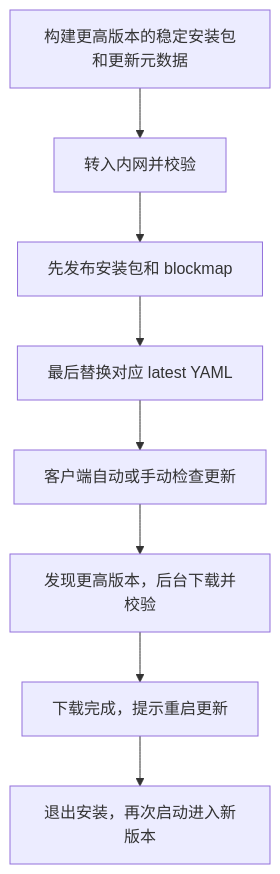
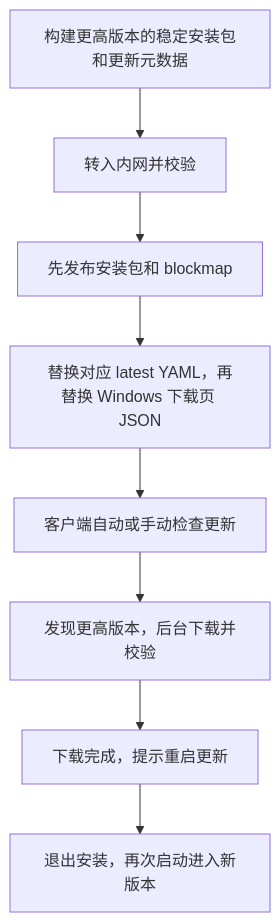
Before and after one commit to yangshangwei/multica-0.4.37: the diagram in docs/desktop-intranet-update-runbook.zh-CN.md, drawn with Mermaid. The commit also changed other lines of this file and 12 other files, not shown here.

````diff
--- a/docs/desktop-intranet-update-runbook.zh-CN.md
+++ b/docs/desktop-intranet-update-runbook.zh-CN.md
@@ -370,10 +442,10 @@
 ```mermaid
 flowchart TD
     A[构建更高版本的稳定安装包和更新元数据] --> B[转入内网并校验]
     B --> C[先发布安装包和 blockmap]
-    C --> D[最后替换对应 latest YAML]
+    C --> D[替换对应 latest YAML，再替换 Windows 下载页 JSON]
     D --> E[客户端自动或手动检查更新]
     E --> F[发现更高版本，后台下载并校验]
     F --> G[下载完成，提示重启更新]
     G --> H[退出安装，再次启动进入新版本]
 ```
````
